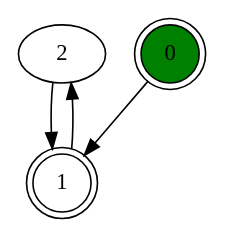
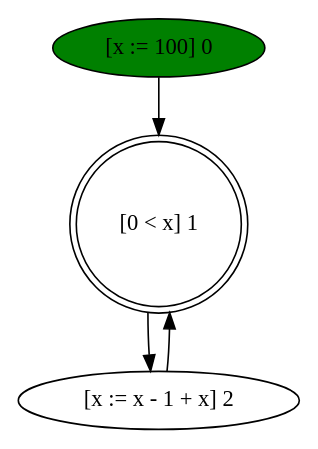
The diagram in test.dot (SamirToularhmine/Enoso), drawn with Graphviz before and after one commit. The commit also changed 22 other files, not shown here.

```diff
--- a/test.dot
+++ b/test.dot
@@ -1,14 +1,11 @@
 digraph G {
-2 -> { 1 }
 {
-0 [shape = doublecircle]
+1 [shape = doublecircle, label="[0 < x] 1  "]
 }
+{1[label= "[0 < x] 1"]} -> { 2 }
 {
-0 [style = filled fillcolor = green]
+0 [style = filled fillcolor = green, label ="[x := 100] 0" ]
 }
-0 -> { 1 }
-{
-1 [shape = doublecircle]
+{0[label= "[x := 100] 0"]} -> { 1 }
+{2[label= "[x := x - 1 + x] 2"]} -> { 1 }
 }
-1 -> { 2 }
-}
```
